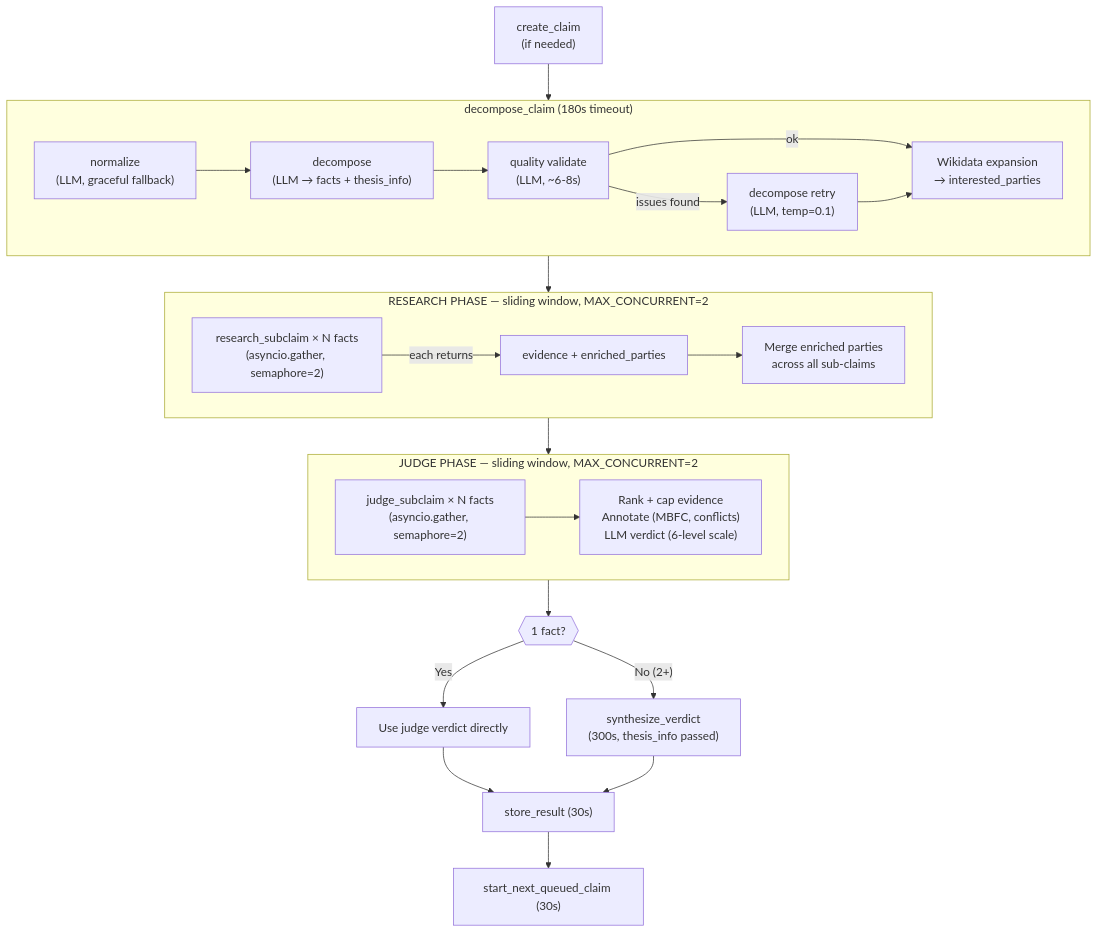
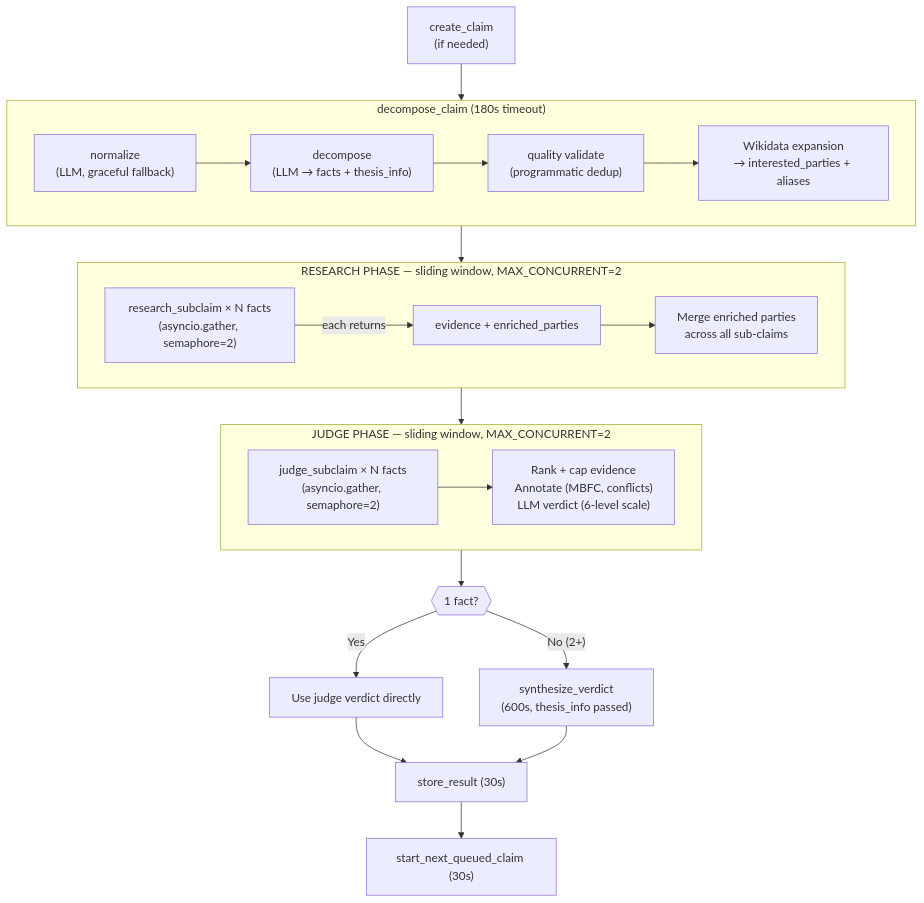
Before and after one commit to vedantadhobley/spin-cycle: the fourth of 8 diagrams in ARCHITECTURE.md, drawn with Mermaid. The commit also changed other lines of this file and 4 other files, not shown here.

````diff
--- a/ARCHITECTURE.md
+++ b/ARCHITECTURE.md
@@ -452,35 +449,33 @@
 ```mermaid
 flowchart TD
     CREATE["create_claim\n(if needed)"] --> DECOMPOSE
 
     subgraph DECOMPOSE["decompose_claim (180s timeout)"]
         NORM["normalize\n(LLM, graceful fallback)"] --> EXTRACT["decompose\n(LLM → facts + thesis_info)"]
-        EXTRACT --> QV["quality validate\n(LLM, ~6-8s)"]
-        QV --> |"issues found"| RETRY["decompose retry\n(LLM, temp=0.1)"]
-        QV --> |"ok"| WIKI["Wikidata expansion\n→ interested_parties"]
-        RETRY --> WIKI
+        EXTRACT --> QV["quality validate\n(programmatic dedup)"]
+        QV --> WIKI["Wikidata expansion\n→ interested_parties + aliases"]
     end
 
     DECOMPOSE --> RESEARCH
 
     subgraph RESEARCH["RESEARCH PHASE — sliding window, MAX_CONCURRENT=2"]
         R1["research_subclaim × N facts\n(asyncio.gather, semaphore=2)"]
         R1 --> |"each returns"| R2["evidence + enriched_parties"]
         R2 --> MERGE["Merge enriched parties\nacross all sub-claims"]
     end
 
     RESEARCH --> JUDGE
 
     subgraph JUDGE["JUDGE PHASE — sliding window, MAX_CONCURRENT=2"]
         J1["judge_subclaim × N facts\n(asyncio.gather, semaphore=2)"]
         J1 --> J2["Rank + cap evidence\nAnnotate (MBFC, conflicts)\nLLM verdict (6-level scale)"]
     end
 
     JUDGE --> DECISION{{"1 fact?"}}
     DECISION -->|"Yes"| SKIP["Use judge verdict directly"]
-    DECISION -->|"No (2+)"| SYNTH["synthesize_verdict\n(300s, thesis_info passed)"]
+    DECISION -->|"No (2+)"| SYNTH["synthesize_verdict\n(600s, thesis_info passed)"]
 
     SKIP --> STORE["store_result (30s)"]
     SYNTH --> STORE
     STORE --> NEXT["start_next_queued_claim (30s)"]
 ```
````
